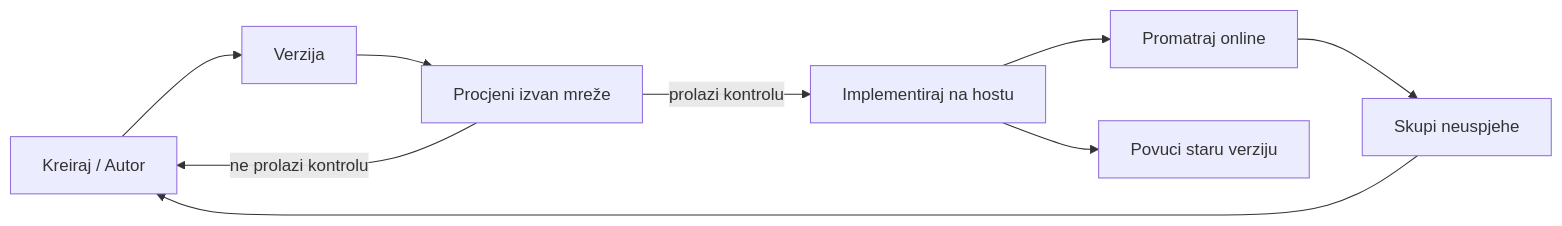
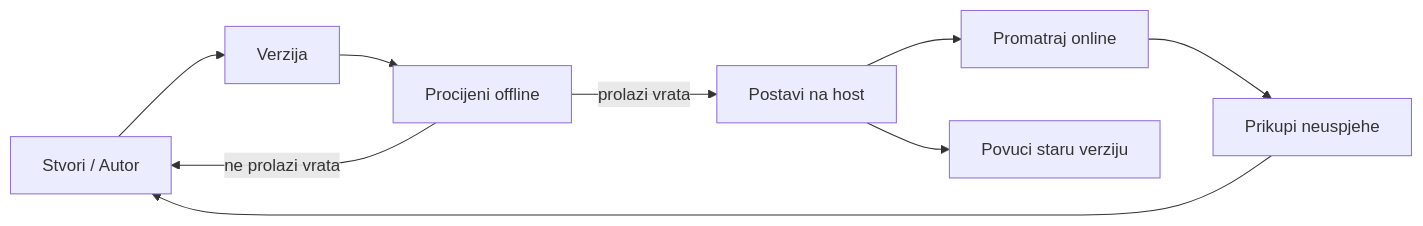
Before and after one commit to gabrielmoreira/agent-skills-mirror: the second of 4 diagrams in mirrors/repos/microsoft@ai-agents-for-beginners/translations/hr/16-deploying-scalable-agents/README.md, drawn with Mermaid. The commit also changed other lines of this file and 4262 other files, not shown here.

````diff
--- a/mirrors/repos/microsoft@ai-agents-for-beginners/translations/hr/16-deploying-scalable-agents/README.md
+++ b/mirrors/repos/microsoft@ai-agents-for-beginners/translations/hr/16-deploying-scalable-agents/README.md
@@ -108,11 +108,11 @@
 ```mermaid
 flowchart LR
-    Create[Kreiraj / Autor] --> Version[Verzija]
-    Version --> Evaluate[Procjeni izvan mreže]
-    Evaluate -->|prolazi kontrolu| Deploy[Implementiraj na hostu]
-    Evaluate -->|ne prolazi kontrolu| Create
+    Create[Stvori / Autor] --> Version[Verzija]
+    Version --> Evaluate[Procijeni offline]
+    Evaluate -->|prolazi vrata| Deploy[Postavi na host]
+    Evaluate -->|ne prolazi vrata| Create
     Deploy --> Observe[Promatraj online]
-    Observe --> Improve[Skupi neuspjehe]
+    Observe --> Improve[Prikupi neuspjehe]
     Improve --> Create
     Deploy --> Retire[Povuci staru verziju]
 ```
````
